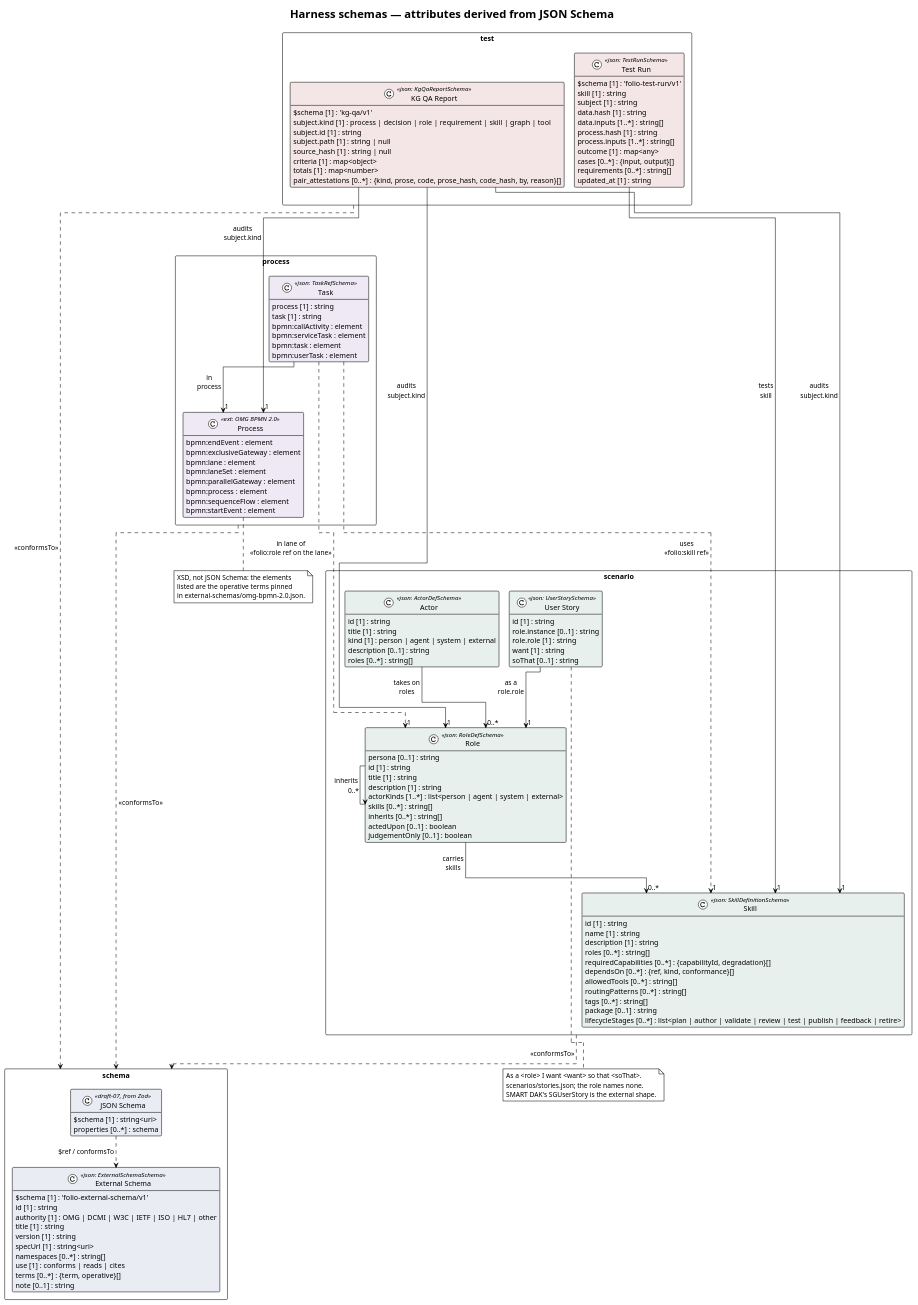
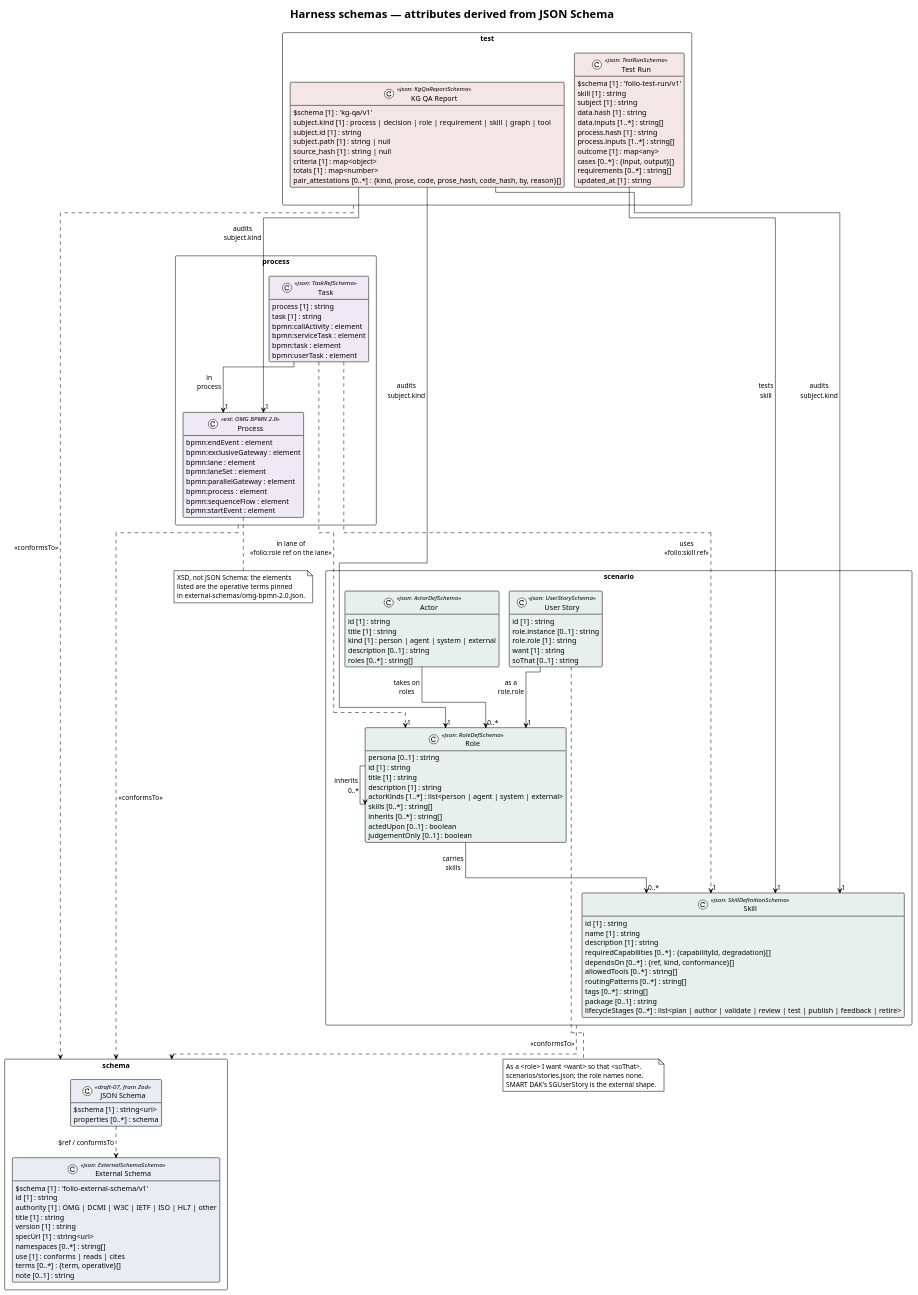
Before and after one commit to litlfred/folio-assistant: the diagram in cat-harness/uml/harness-schemas.puml, drawn with PlantUML. The commit also changed 55 other files, not shown here.

```diff
--- a/cat-harness/uml/harness-schemas.puml
+++ b/cat-harness/uml/harness-schemas.puml
@@ -4,149 +4,148 @@
 @startuml harness-schemas
 ' ELK routes edges around class boxes; dot and smetana draw through them.
 !pragma layout elk
 skinparam nodesep 60
 skinparam ranksep 80
 !theme plain
 skinparam classAttributeIconSize 0
 skinparam shadowing false
 skinparam packageStyle rectangle
 skinparam stereotypeCBackgroundColor #FDFDFB
 hide empty methods
 
 title Harness schemas — attributes derived from JSON Schema
 
 package scenario {
   class "Actor" as Actor <<json: ActorDefSchema>> #e8f0ee {
     id [1] : string
     title [1] : string
     kind [1] : person | agent | system | external
     description [0..1] : string
     roles [0..*] : string[]
   }
   class "Role" as Role <<json: RoleDefSchema>> #e8f0ee {
     persona [0..1] : string
     id [1] : string
     title [1] : string
     description [1] : string
     actorKinds [1..*] : list<person | agent | system | external>
     skills [0..*] : string[]
     inherits [0..*] : string[]
     actedUpon [0..1] : boolean
     judgementOnly [0..1] : boolean
   }
   class "Skill" as Skill <<json: SkillDefinitionSchema>> #e8f0ee {
     id [1] : string
     name [1] : string
     description [1] : string
-    roles [0..*] : string[]
     requiredCapabilities [0..*] : {capabilityId, degradation}[]
     dependsOn [0..*] : {ref, kind, conformance}[]
     allowedTools [0..*] : string[]
     routingPatterns [0..*] : string[]
     tags [0..*] : string[]
     package [0..1] : string
     lifecycleStages [0..*] : list<plan | author | validate | review | test | publish | feedback | retire>
   }
   class "User Story" as UserStory <<json: UserStorySchema>> #e8f0ee {
     id [1] : string
     role.instance [0..1] : string
     role.role [1] : string
     want [1] : string
     soThat [0..1] : string
   }
 }
 
 package process {
   class "Process" as Process <<ext: OMG BPMN 2.0>> #eee9f5 {
     bpmn:endEvent : element
     bpmn:exclusiveGateway : element
     bpmn:lane : element
     bpmn:laneSet : element
     bpmn:parallelGateway : element
     bpmn:process : element
     bpmn:sequenceFlow : element
     bpmn:startEvent : element
   }
   class "Task" as Task <<json: TaskRefSchema>> #eee9f5 {
     process [1] : string
     task [1] : string
     bpmn:callActivity : element
     bpmn:serviceTask : element
     bpmn:task : element
     bpmn:userTask : element
   }
 }
 
 package schema {
   class "External Schema" as ExternalSchema <<json: ExternalSchemaSchema>> #e9edf3 {
     $schema [1] : 'folio-external-schema/v1'
     id [1] : string
     authority [1] : OMG | DCMI | W3C | IETF | ISO | HL7 | other
     title [1] : string
     version [1] : string
     specUrl [1] : string<uri>
     namespaces [0..*] : string[]
     use [1] : conforms | reads | cites
     terms [0..*] : {term, operative}[]
     note [0..1] : string
   }
   class "JSON Schema" as JsonSchema <<draft-07, from Zod>> #e9edf3 {
     $schema [1] : string<uri>
     properties [0..*] : schema
   }
   JsonSchema ..> ExternalSchema : $ref / conformsTo
 }
 
 package test {
   class "Test Run" as TestRun <<json: TestRunSchema>> #f4e6e6 {
     $schema [1] : 'folio-test-run/v1'
     skill [1] : string
     subject [1] : string
     data.hash [1] : string
     data.inputs [1..*] : string[]
     process.hash [1] : string
     process.inputs [1..*] : string[]
     outcome [1] : map<any>
     cases [0..*] : {input, output}[]
     requirements [0..*] : string[]
     updated_at [1] : string
   }
   class "KG QA Report" as KgQaReport <<json: KgQaReportSchema>> #f4e6e6 {
     $schema [1] : 'kg-qa/v1'
     subject.kind [1] : process | decision | role | requirement | skill | graph | tool
     subject.id [1] : string
     subject.path [1] : string | null
     source_hash [1] : string | null
     criteria [1] : map<object>
     totals [1] : map<number>
     pair_attestations [0..*] : {kind, prose, code, prose_hash, code_hash, by, reason}[]
   }
 }
 
 note bottom of UserStory
   As a <role> I want <want> so that <soThat>.
   scenarios/stories.json; the role names none.
   SMART DAK's SGUserStory is the external shape.
 end note
 note bottom of Process
   XSD, not JSON Schema: the elements
   listed are the operative terms pinned
   in external-schemas/omg-bpmn-2.0.json.
 end note
 
 Actor --> "0..*" Role : takes on\nroles
 Role --> "0..*" Role : inherits
 Role --> "0..*" Skill : carries\nskills
 UserStory --> "1" Role : as a\nrole.role
 Task --> "1" Process : in\nprocess
 Task ..> "1" Role : in lane of\n«folio:role ref on the lane»
 Task ..> "1" Skill : uses\n«folio:skill ref»
 TestRun --> "1" Skill : tests\nskill
 KgQaReport --> "1" Role : audits\nsubject.kind
 KgQaReport --> "1" Process : audits\nsubject.kind
 KgQaReport --> "1" Skill : audits\nsubject.kind
 
 scenario ..> schema : <<conformsTo>>
 process ..> schema : <<conformsTo>>
 test ..> schema : <<conformsTo>>
 @enduml
```
